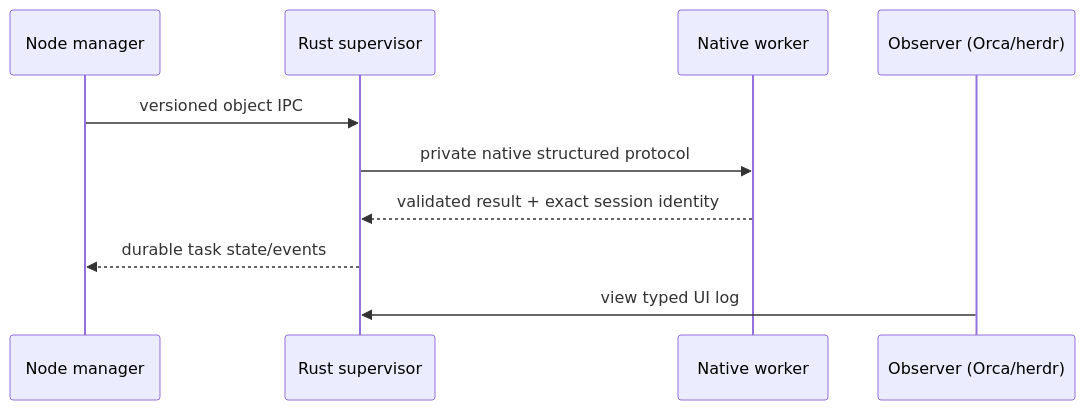
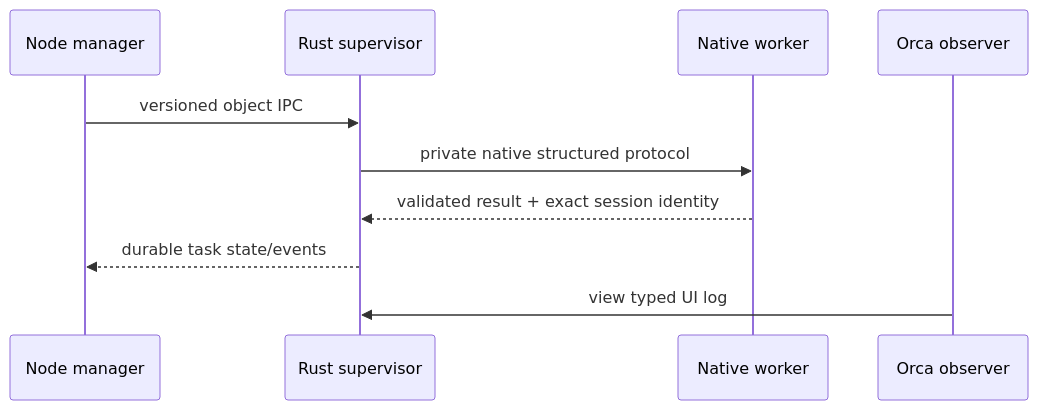
The diagram in README.md (DamChan0/team-building-skill), drawn with Mermaid before and after one commit. The commit also changed other lines of this file and 17 other files, not shown here.

````diff
--- a/README.md
+++ b/README.md
@@ -20,12 +20,12 @@
 ```mermaid
 sequenceDiagram
     participant M as Node manager
     participant S as Rust supervisor
     participant W as Native worker
-    participant O as Observer (Orca/herdr)
+    participant O as Orca observer
     M->>S: versioned object IPC
     S->>W: private native structured protocol
     W-->>S: validated result + exact session identity
     S-->>M: durable task state/events
     O->>S: view typed UI log
 ```
````
